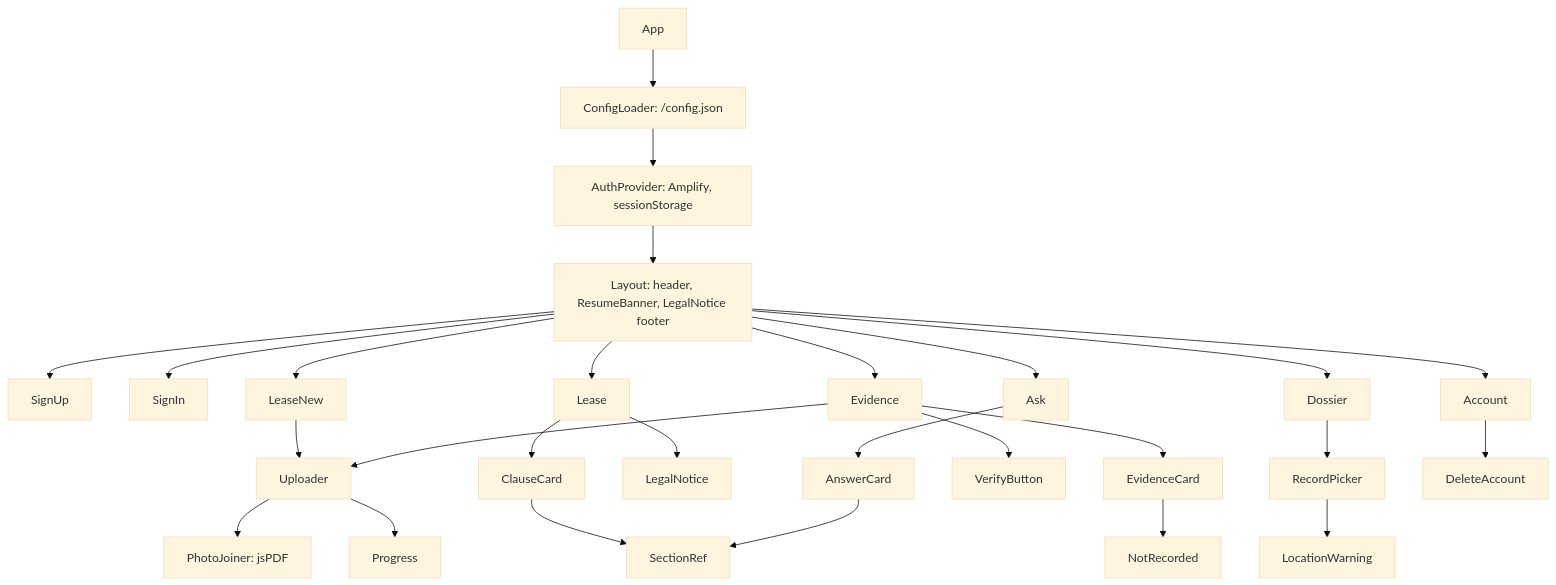
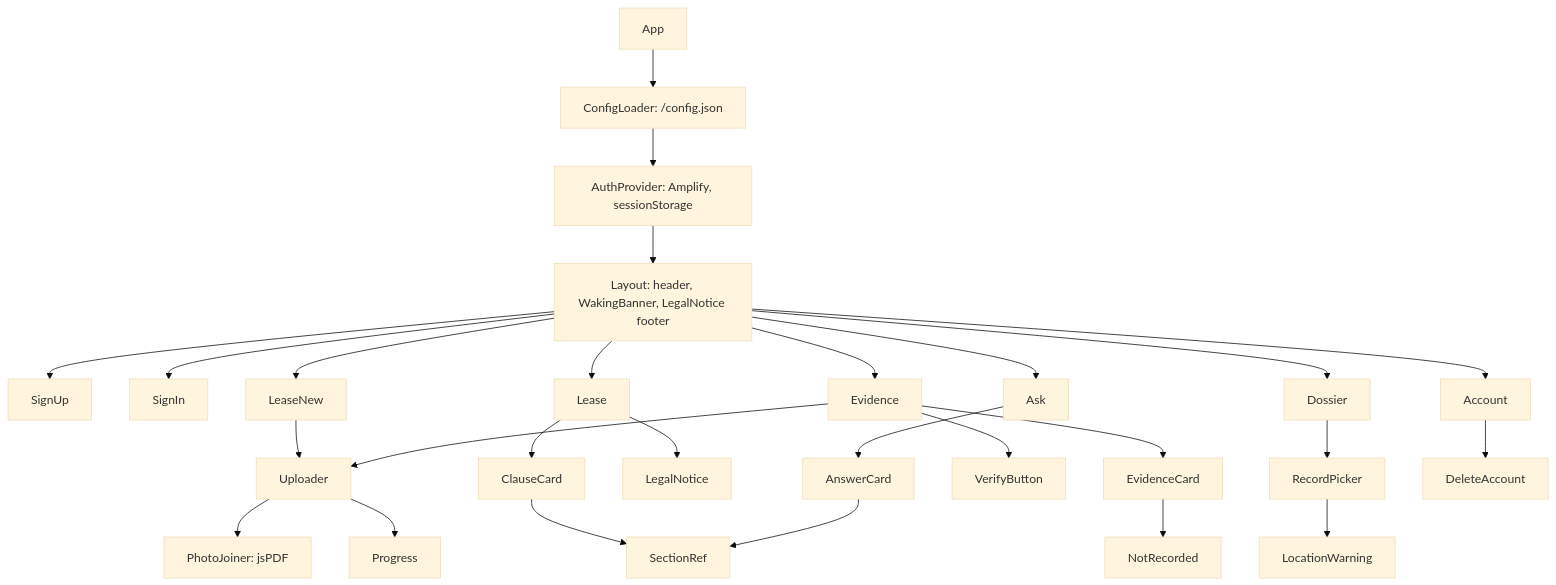
The fourth of 4 diagrams in docs/design/web.md (Katlego-tech/Tokelo), drawn with Mermaid (base theme) before and after one commit. The commit also changed other lines of this file and 20 other files, not shown here.

````diff
--- a/docs/design/web.md
+++ b/docs/design/web.md
@@ -174,17 +174,17 @@
 ```mermaid
 flowchart TD
     App --> Config[ConfigLoader: /config.json] --> Auth[AuthProvider: Amplify, sessionStorage]
-    Auth --> Layout[Layout: header, ResumeBanner, LegalNotice footer]
+    Auth --> Layout[Layout: header, WakingBanner, LegalNotice footer]
     Layout --> SignUp & SignIn & LeaseNew & Lease & Evidence & Dossier & Ask & Account
     LeaseNew --> Uploader
     Evidence --> Uploader
     Uploader --> PhotoJoiner[PhotoJoiner: jsPDF]
     Uploader --> Progress
     Lease --> ClauseCard --> SectionRef
     Lease --> LegalNotice
     Evidence --> EvidenceCard --> NotRecorded
     Evidence --> VerifyButton
     Dossier --> RecordPicker --> LocationWarning
     Ask --> AnswerCard --> SectionRef
     Account --> DeleteAccount
 ```
````
